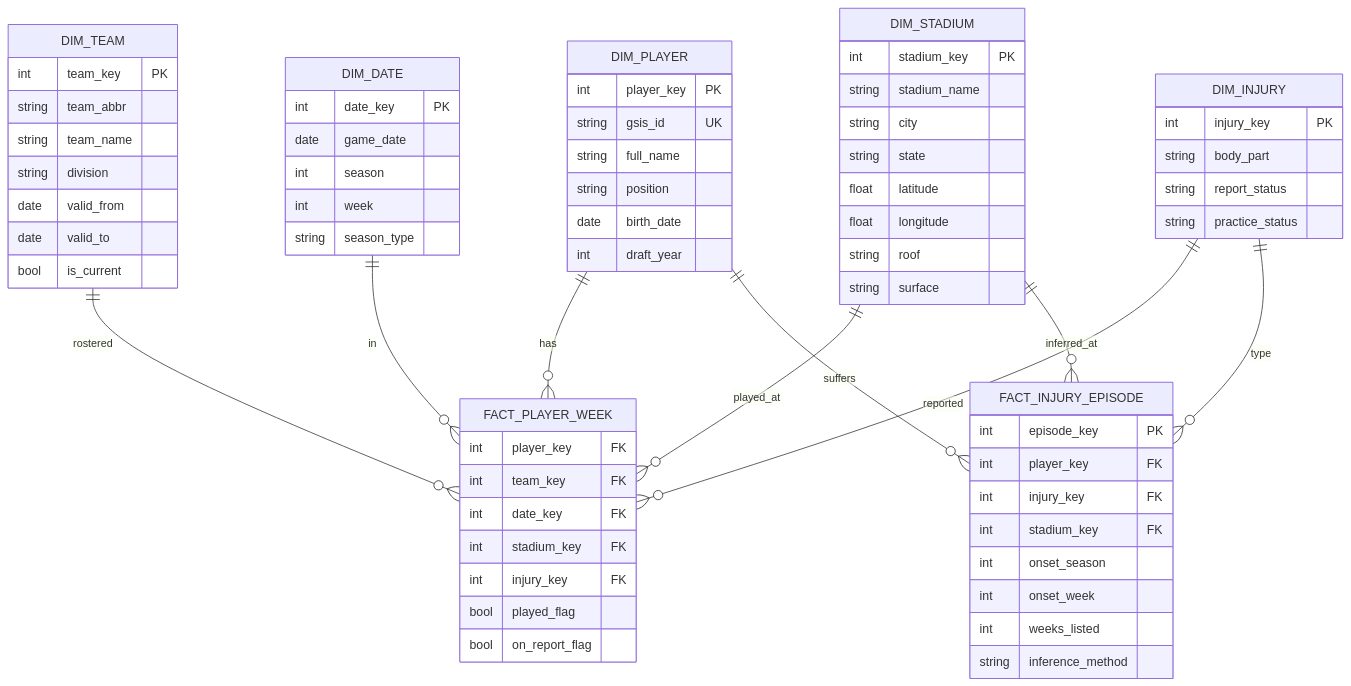
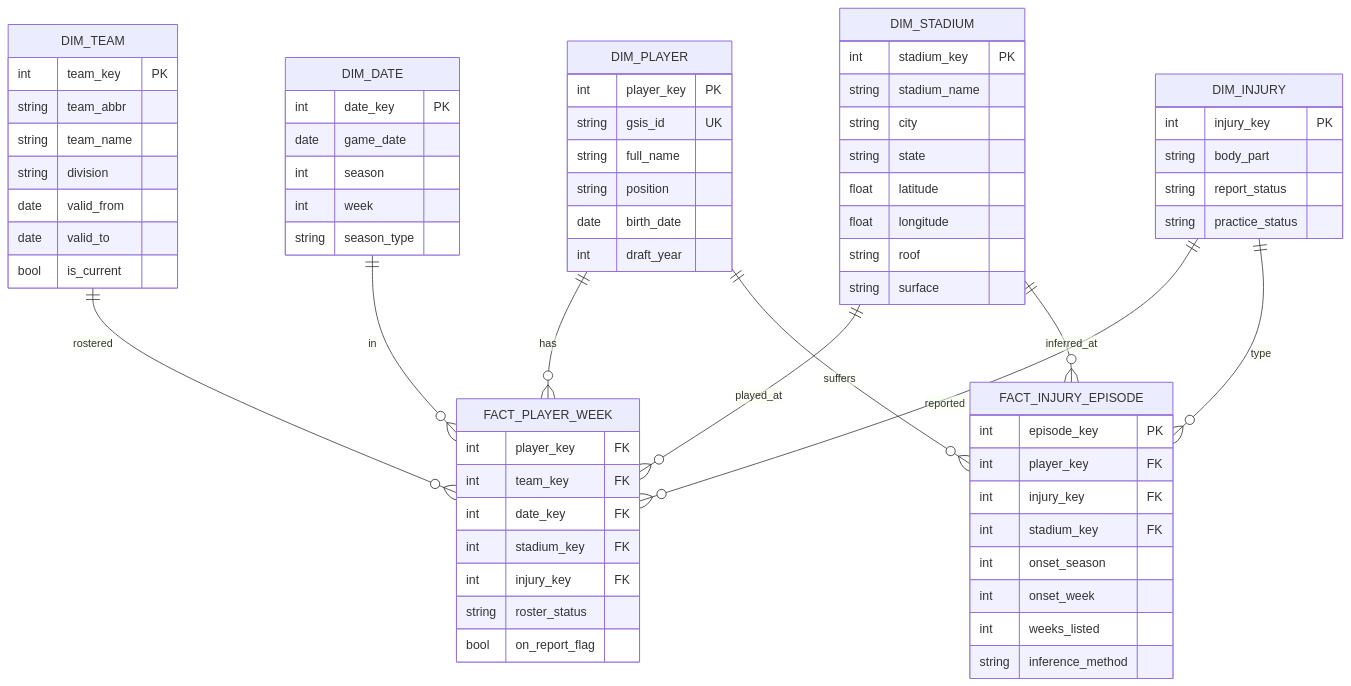
Before and after one commit to ryanosborne142980-cpu/nfl-injury-analyzer: the diagram in README.md, drawn with Mermaid. The commit also changed other lines of this file and 21 other files, not shown here.

````diff
--- a/README.md
+++ b/README.md
@@ -20,70 +22,70 @@
 ```mermaid
 erDiagram
   DIM_PLAYER ||--o{ FACT_PLAYER_WEEK : has
   DIM_TEAM ||--o{ FACT_PLAYER_WEEK : rostered
   DIM_DATE ||--o{ FACT_PLAYER_WEEK : in
   DIM_STADIUM ||--o{ FACT_PLAYER_WEEK : played_at
   DIM_INJURY ||--o{ FACT_PLAYER_WEEK : reported
   DIM_PLAYER ||--o{ FACT_INJURY_EPISODE : suffers
   DIM_INJURY ||--o{ FACT_INJURY_EPISODE : type
   DIM_STADIUM ||--o{ FACT_INJURY_EPISODE : inferred_at
   FACT_PLAYER_WEEK {
     int player_key FK
     int team_key FK
     int date_key FK
     int stadium_key FK
     int injury_key FK
-    bool played_flag
+    string roster_status
     bool on_report_flag
   }
   FACT_INJURY_EPISODE {
     int episode_key PK
     int player_key FK
     int injury_key FK
     int stadium_key FK
     int onset_season
     int onset_week
     int weeks_listed
     string inference_method
   }
   DIM_PLAYER {
     int player_key PK
     string gsis_id UK
     string full_name
     string position
     date birth_date
     int draft_year
   }
   DIM_TEAM {
     int team_key PK
     string team_abbr
     string team_name
     string division
     date valid_from
     date valid_to
     bool is_current
   }
   DIM_DATE {
     int date_key PK
     date game_date
     int season
     int week
     string season_type
   }
   DIM_STADIUM {
     int stadium_key PK
     string stadium_name
     string city
     string state
     float latitude
     float longitude
     string roof
     string surface
   }
   DIM_INJURY {
     int injury_key PK
     string body_part
     string report_status
     string practice_status
   }
 ```
````
